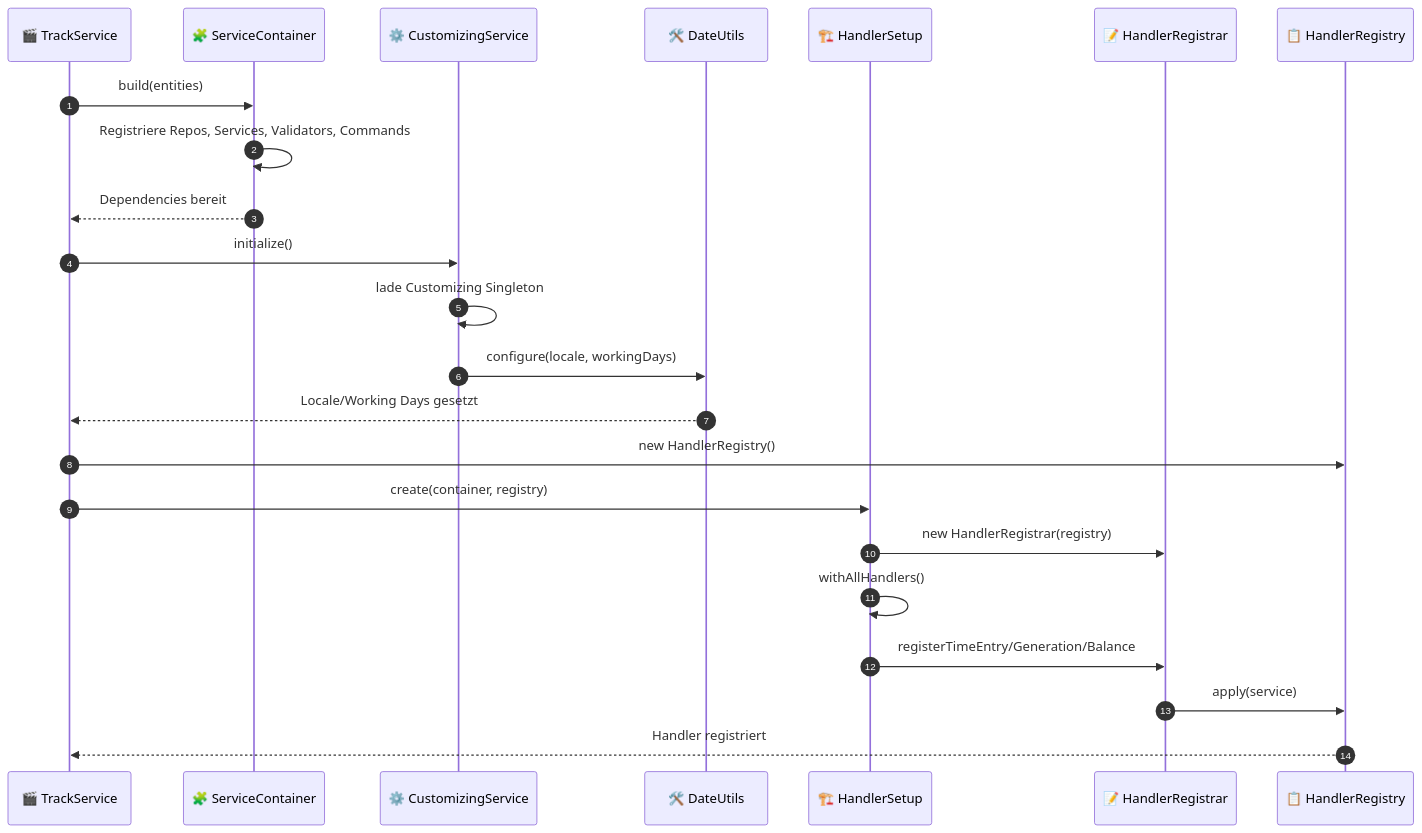
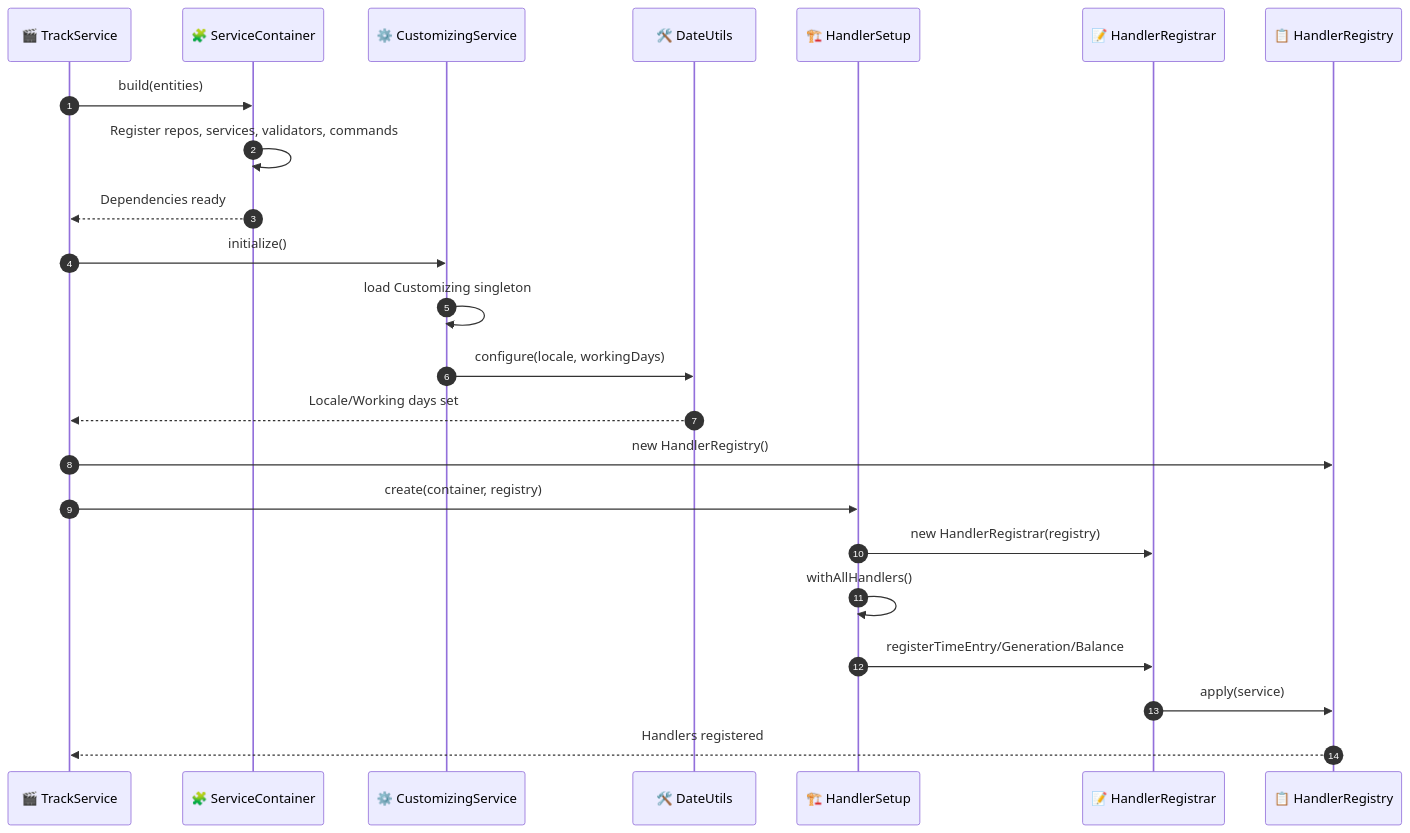
Before and after one commit to ps-ata/cap-fiori-timetracking-en: the sixth of 11 diagrams in docs/ARCHITECTURE.md, drawn with Mermaid. The commit also changed other lines of this file, not shown here.

First line of the commit message:
Update ARCHITECTURE.md

````diff
--- a/docs/ARCHITECTURE.md
+++ b/docs/ARCHITECTURE.md
@@ -909,28 +909,28 @@
 ```mermaid
 sequenceDiagram
     autonumber
     participant SVC as 🎬 TrackService
     participant CONTAINER as 🧩 ServiceContainer
     participant CUSTOM as ⚙️ CustomizingService
     participant DATE as 🛠️ DateUtils
     participant SETUP as 🏗️ HandlerSetup
     participant REGISTRAR as 📝 HandlerRegistrar
     participant REG as 📋 HandlerRegistry
 
     SVC->>CONTAINER: build(entities)
-    CONTAINER->>CONTAINER: Registriere Repos, Services, Validators, Commands
-    CONTAINER-->>SVC: Dependencies bereit
+    CONTAINER->>CONTAINER: Register repos, services, validators, commands
+    CONTAINER-->>SVC: Dependencies ready
 
     SVC->>CUSTOM: initialize()
-    CUSTOM->>CUSTOM: lade Customizing Singleton
+    CUSTOM->>CUSTOM: load Customizing singleton
     CUSTOM->>DATE: configure(locale, workingDays)
-    DATE-->>SVC: Locale/Working Days gesetzt
+    DATE-->>SVC: Locale/Working days set
 
     SVC->>REG: new HandlerRegistry()
     SVC->>SETUP: create(container, registry)
     SETUP->>REGISTRAR: new HandlerRegistrar(registry)
     SETUP->>SETUP: withAllHandlers()
     SETUP->>REGISTRAR: registerTimeEntry/Generation/Balance
     REGISTRAR->>REG: apply(service)
-    REG-->>SVC: Handler registriert
+    REG-->>SVC: Handlers registered
 ```
````
